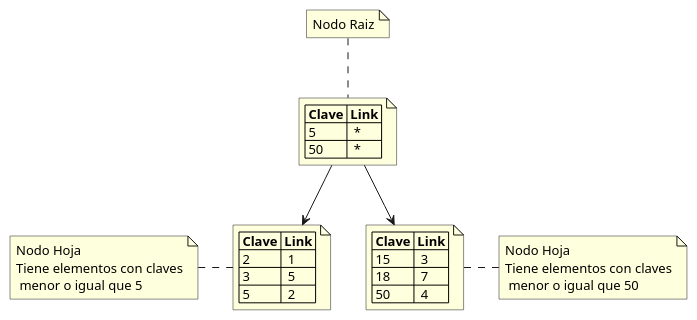
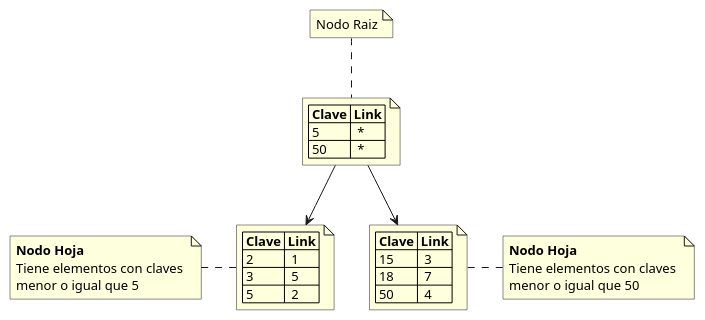
The fourth of 6 diagrams in clases/reinosa/clase4.org (manu-utn/bitacora-gestion-de-datos), drawn with PlantUML before and after one commit. The commit also changed other lines of this file, not shown here.

```diff
--- a/clases/reinosa/clase4.org
+++ b/clases/reinosa/clase4.org
@@ -252,31 +330,31 @@
    #+BEGIN_SRC plantuml :file img/btree-1.png :exports results
      @startuml
      note as nodoRaiz
      |= Clave |= Link |
      | 5  |  * |
      | 50 |  * |
      end note
 
 
      note as nodoHojaIzq
      |= Clave |= Link |
      | 2 |  1 |
      | 3 |  5 |
      | 5 |  2 |
      end note
 
      note as nodoHojaDer
      |= Clave |= Link |
      | 15 |  3 |
      | 18 |  7 |
      | 50 |  4 |
      end note
 
      nodoRaiz-d->nodoHojaDer
      nodoRaiz-d->nodoHojaIzq
 
      note top of nodoRaiz : Nodo Raiz
-     note left of nodoHojaIzq: Nodo Hoja\nTiene elementos con claves\n menor o igual que 5
-     note right of nodoHojaDer: Nodo Hoja\nTiene elementos con claves\n menor o igual que 50
+     note left of nodoHojaIzq: **Nodo Hoja** \nTiene elementos con claves \nmenor o igual que 5
+     note right of nodoHojaDer: **Nodo Hoja** \nTiene elementos con claves \nmenor o igual que 50
      @enduml
    #+END_SRC
```
